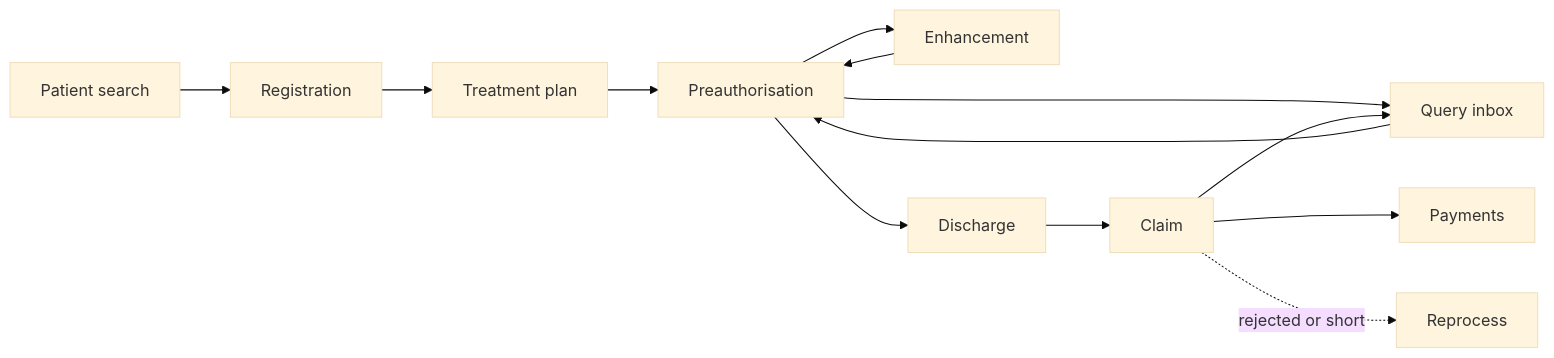
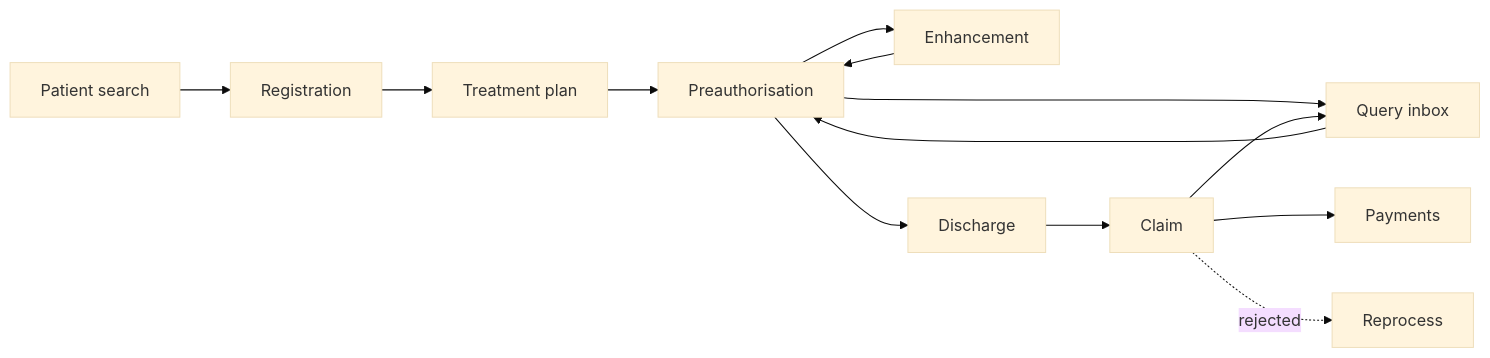
Before and after one commit to nha-in/nhcx-package: the diagram in docs/03-Building a Provider/01-Provider Overview.md, drawn with Mermaid (base theme). The commit also changed other lines of this file and 2377 other files, not shown here.

````diff
--- a/docs/03-Building a Provider/01-Provider Overview.md
+++ b/docs/03-Building a Provider/01-Provider Overview.md
@@ -27,15 +31,15 @@
 ```mermaid
 flowchart LR
   S[Patient search] --> R[Registration]
   R --> T[Treatment plan]
   T --> P[Preauthorisation]
   P --> Q[Query inbox]
   Q --> P
   P --> E[Enhancement]
   E --> P
   P --> D[Discharge]
   D --> C[Claim]
   C --> Q
   C --> M[Payments]
-  C -. rejected or short .-> X[Reprocess]
+  C -. rejected .-> X[Reprocess]
 ```
````
